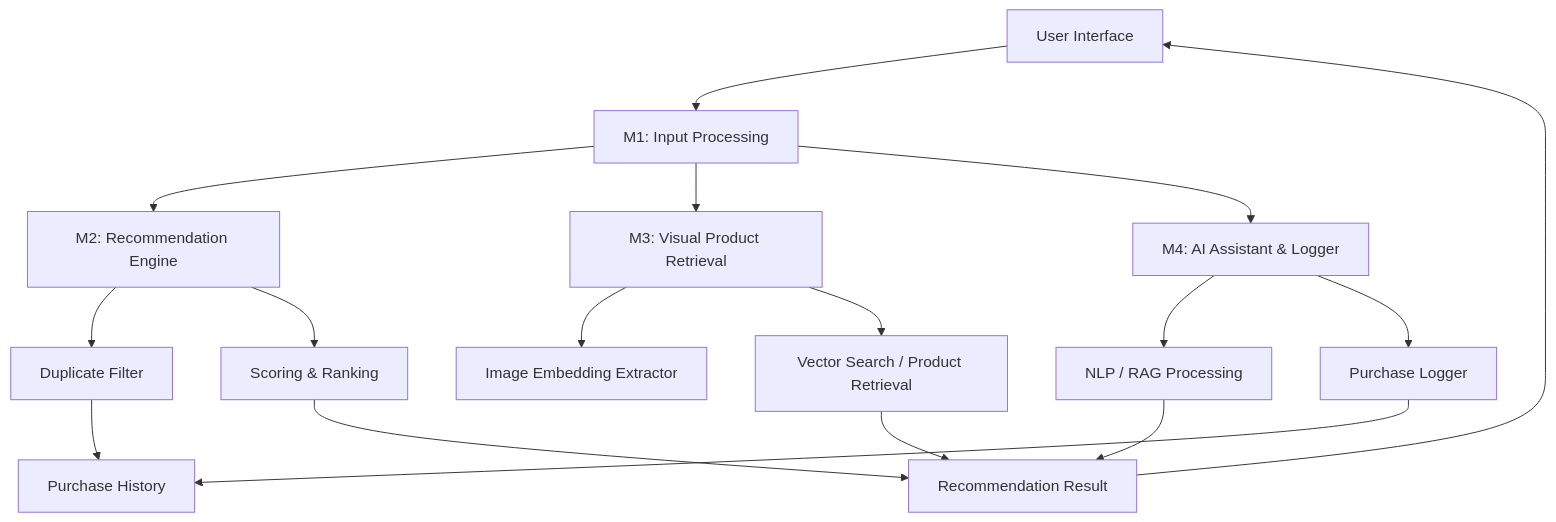
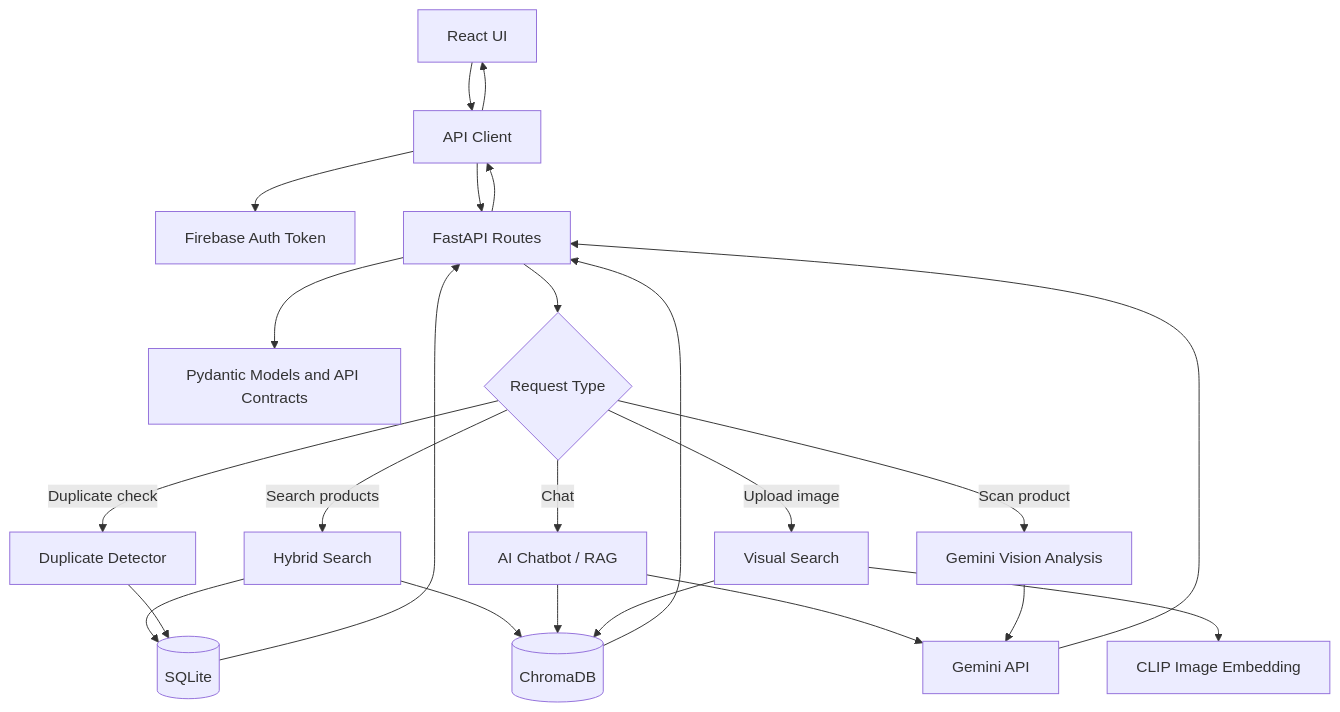
Before and after one commit to KhangDinh610/Smart-Travel-System-Project: the third of 8 diagrams in task_doc/Viet_representation.md, drawn with Mermaid. The commit also changed other lines of this file, not shown here.

Commit message:
Complete Viet_representation.md based on project graph report

````diff
--- a/task_doc/Viet_representation.md
+++ b/task_doc/Viet_representation.md
@@ -198,26 +244,30 @@
 ```mermaid
 flowchart TD
-    A[User Interface] --> B[M1: Input Processing]
+    UI[React UI] --> Client[API Client]
+    Client --> Auth[Firebase Auth Token]
+    Client --> API[FastAPI Routes]
 
-    B --> C[M2: Recommendation Engine]
-    B --> D[M3: Visual Product Retrieval]
-    B --> E[M4: AI Assistant & Logger]
+    API --> Contract[Pydantic Models and API Contracts]
+    API --> Service{Request Type}
 
-    C --> F[Duplicate Filter]
-    C --> G[Scoring & Ranking]
+    Service -->|Search products| Hybrid[Hybrid Search]
+    Service -->|Chat| RAG[AI Chatbot / RAG]
+    Service -->|Upload image| Visual[Visual Search]
+    Service -->|Scan product| Scan[Gemini Vision Analysis]
+    Service -->|Duplicate check| Duplicate[Duplicate Detector]
 
-    D --> H[Image Embedding Extractor]
-    D --> I[Vector Search / Product Retrieval]
+    Hybrid --> SQLite[(SQLite)]
+    Hybrid --> Chroma[(ChromaDB)]
+    RAG --> Gemini[Gemini API]
+    RAG --> Chroma
+    Visual --> CLIP[CLIP Image Embedding]
+    Visual --> Chroma
+    Duplicate --> SQLite
+    Scan --> Gemini
 
-    E --> J[NLP / RAG Processing]
-    E --> K[Purchase Logger]
-
-    F --> L[Purchase History]
-    K --> L
-
-    G --> M[Recommendation Result]
-    I --> M
-    J --> M
-
-    M --> A
+    SQLite --> API
+    Chroma --> API
+    Gemini --> API
+    API --> Client
+    Client --> UI
 ```
````
